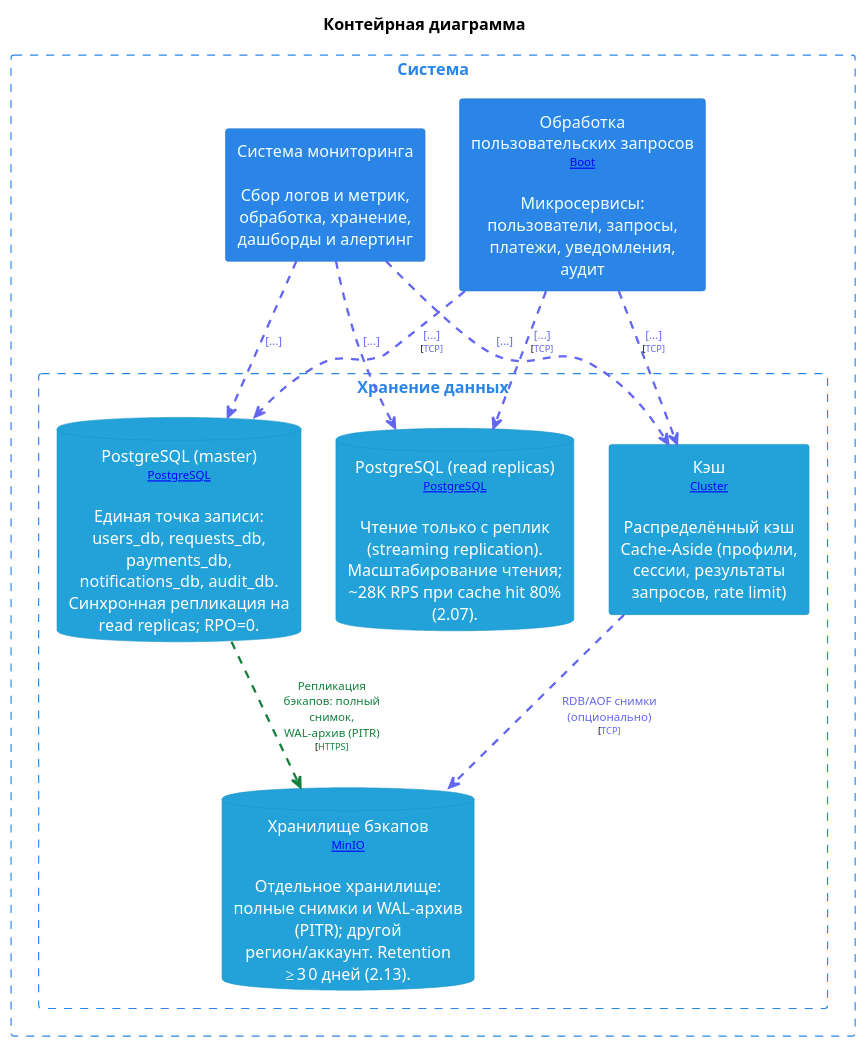
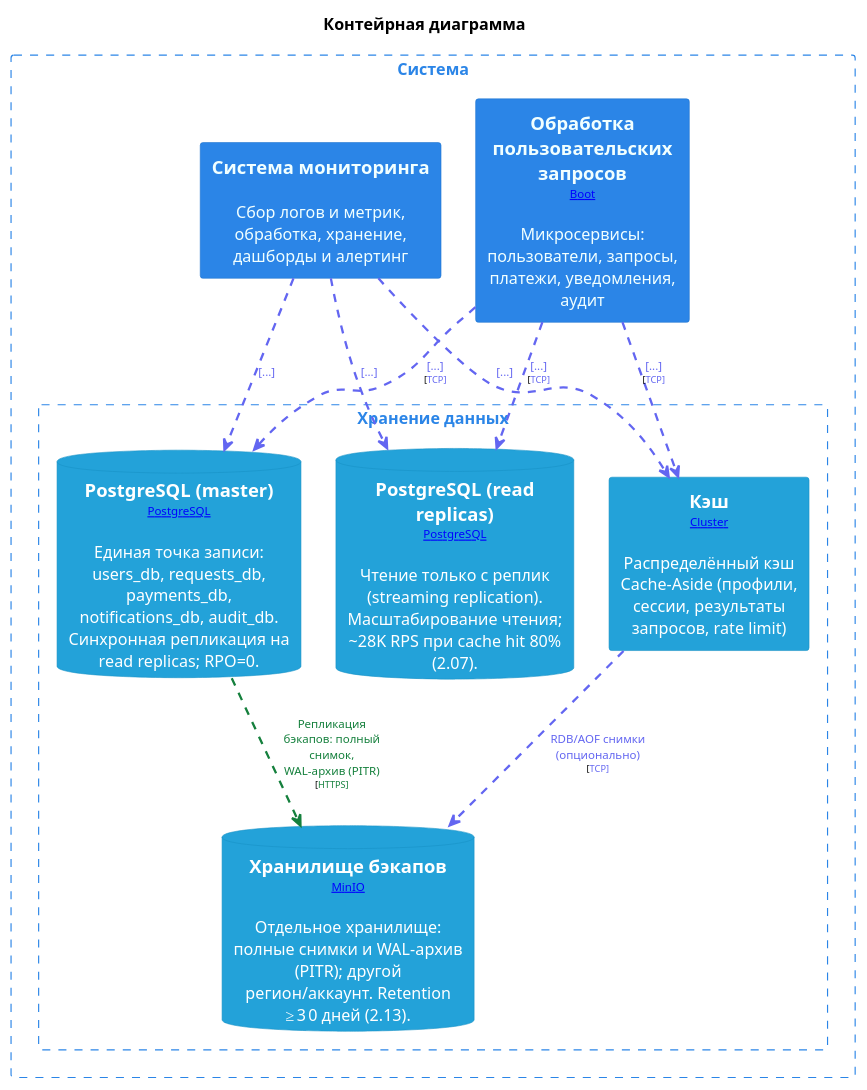
One commit to shelepovg/system-design-homework changed the diagram in doc/схемы/db_container.puml. Above: the diagram before and after it, drawn with PlantUML. The commit also changed 10 other files, not shown here.

Commit message:
скорректировал схемы для для управления RBAC

```diff
--- a/doc/схемы/db_container.puml
+++ b/doc/схемы/db_container.puml
@@ -1,73 +1,73 @@
 @startuml
 title "Контейрная диаграмма"
 top to bottom direction
 
 hide stereotype
 skinparam ranksep 60
 skinparam nodesep 30
 skinparam {
   arrowFontSize 10
   defaultTextAlignment center
   wrapWidth 200
   maxMessageSize 100
   shadowing false
 }
 
 skinparam rectangle<<SystemBackend>>{
   BackgroundColor #2b85e7
   FontColor #f1ffff
   BorderColor #1e73ce
 }
 skinparam rectangle<<SystemMonitoring>>{
   BackgroundColor #2b85e7
   FontColor #f1ffff
   BorderColor #1e73ce
 }
 skinparam database<<SystemStoragePostgresMaster>>{
   BackgroundColor #23a2d9
   FontColor #ffffff
   BorderColor #1892c5
 }
 skinparam database<<SystemStoragePostgresReplicas>>{
   BackgroundColor #23a2d9
   FontColor #ffffff
   BorderColor #1892c5
 }
 skinparam rectangle<<SystemStorageCache>>{
   BackgroundColor #23a2d9
   FontColor #ffffff
   BorderColor #1892c5
 }
 skinparam database<<SystemStorageBackupStorage>>{
   BackgroundColor #23a2d9
   FontColor #ffffff
   BorderColor #1892c5
 }
 rectangle "Система" <<System>> as System {
   skinparam RectangleBorderColor<<System>> #2b85e7
   skinparam RectangleFontColor<<System>> #2b85e7
   skinparam RectangleBorderStyle<<System>> dashed
 
-  rectangle "Обработка пользовательских запросов\n<size:10>[[Spring Boot]]</size>\n\nМикросервисы: пользователи, запросы, платежи, уведомления, аудит" <<SystemBackend>> as SystemBackend
-  rectangle "Система мониторинга\n\nСбор логов и метрик, обработка, хранение, дашборды и алертинг" <<SystemMonitoring>> as SystemMonitoring
+  rectangle "==Обработка пользовательских запросов\n<size:10>[[Spring Boot]]</size>\n\nМикросервисы: пользователи, запросы, платежи, уведомления, аудит" <<SystemBackend>> as SystemBackend
+  rectangle "==Система мониторинга\n\nСбор логов и метрик, обработка, хранение, дашборды и алертинг" <<SystemMonitoring>> as SystemMonitoring
   rectangle "Хранение данных" <<SystemStorage>> as SystemStorage {
     skinparam RectangleBorderColor<<SystemStorage>> #2b85e7
     skinparam RectangleFontColor<<SystemStorage>> #2b85e7
     skinparam RectangleBorderStyle<<SystemStorage>> dashed
 
-    database "PostgreSQL (master)\n<size:10>[[PostgreSQL]]</size>\n\nЕдиная точка записи: users_db, requests_db, payments_db, notifications_db, audit_db. Синхронная репликация на read replicas; RPO=0." <<SystemStoragePostgresMaster>> as SystemStoragePostgresMaster
-    database "PostgreSQL (read replicas)\n<size:10>[[PostgreSQL]]</size>\n\nЧтение только с реплик (streaming replication). Масштабирование чтения; ~28K RPS при cache hit 80% (2.07)." <<SystemStoragePostgresReplicas>> as SystemStoragePostgresReplicas
-    rectangle "Кэш\n<size:10>[[Redis Cluster]]</size>\n\nРаспределённый кэш Cache-Aside (профили, сессии, результаты запросов, rate limit)" <<SystemStorageCache>> as SystemStorageCache
-    database "Хранилище бэкапов\n<size:10>[[MinIO]]</size>\n\nОтдельное хранилище: полные снимки и WAL-архив (PITR); другой регион/аккаунт. Retention ≥30 дней (2.13)." <<SystemStorageBackupStorage>> as SystemStorageBackupStorage
+    database "==PostgreSQL (master)\n<size:10>[[PostgreSQL]]</size>\n\nЕдиная точка записи: users_db, requests_db, payments_db, notifications_db, audit_db. Синхронная репликация на read replicas; RPO=0." <<SystemStoragePostgresMaster>> as SystemStoragePostgresMaster
+    database "==PostgreSQL (read replicas)\n<size:10>[[PostgreSQL]]</size>\n\nЧтение только с реплик (streaming replication). Масштабирование чтения; ~28K RPS при cache hit 80% (2.07)." <<SystemStoragePostgresReplicas>> as SystemStoragePostgresReplicas
+    rectangle "==Кэш\n<size:10>[[Redis Cluster]]</size>\n\nРаспределённый кэш Cache-Aside (профили, сессии, результаты запросов, rate limit)" <<SystemStorageCache>> as SystemStorageCache
+    database "==Хранилище бэкапов\n<size:10>[[MinIO]]</size>\n\nОтдельное хранилище: полные снимки и WAL-архив (PITR); другой регион/аккаунт. Retention ≥30 дней (2.13)." <<SystemStorageBackupStorage>> as SystemStorageBackupStorage
   }
 }
 
 SystemBackend .[#6366f1,thickness=2].> SystemStoragePostgresMaster : <color:#6366f1>[...]\n<size:8>[<color:#6366f1>TCP]</size>
 SystemBackend .[#6366f1,thickness=2].> SystemStoragePostgresReplicas : <color:#6366f1>[...]\n<size:8>[<color:#6366f1>TCP]</size>
 SystemBackend .[#6366f1,thickness=2].> SystemStorageCache : <color:#6366f1>[...]\n<size:8>[<color:#6366f1>TCP]</size>
 SystemMonitoring .[#6366f1,thickness=2].> SystemStoragePostgresMaster : <color:#6366f1>[...]
 SystemMonitoring .[#6366f1,thickness=2].> SystemStoragePostgresReplicas : <color:#6366f1>[...]
 SystemMonitoring .[#6366f1,thickness=2].> SystemStorageCache : <color:#6366f1>[...]
 SystemStoragePostgresMaster .[#15803d,thickness=2].> SystemStorageBackupStorage : <color:#15803d>Репликация бэкапов: полный снимок, \n<color:#15803d>WAL-архив (PITR)\n<size:8>[<color:#15803d>HTTPS]</size>
 SystemStorageCache .[#6366f1,thickness=2].> SystemStorageBackupStorage : <color:#6366f1>RDB/AOF снимки (опционально)\n<size:8>[<color:#6366f1>TCP]</size>
 @enduml
```
